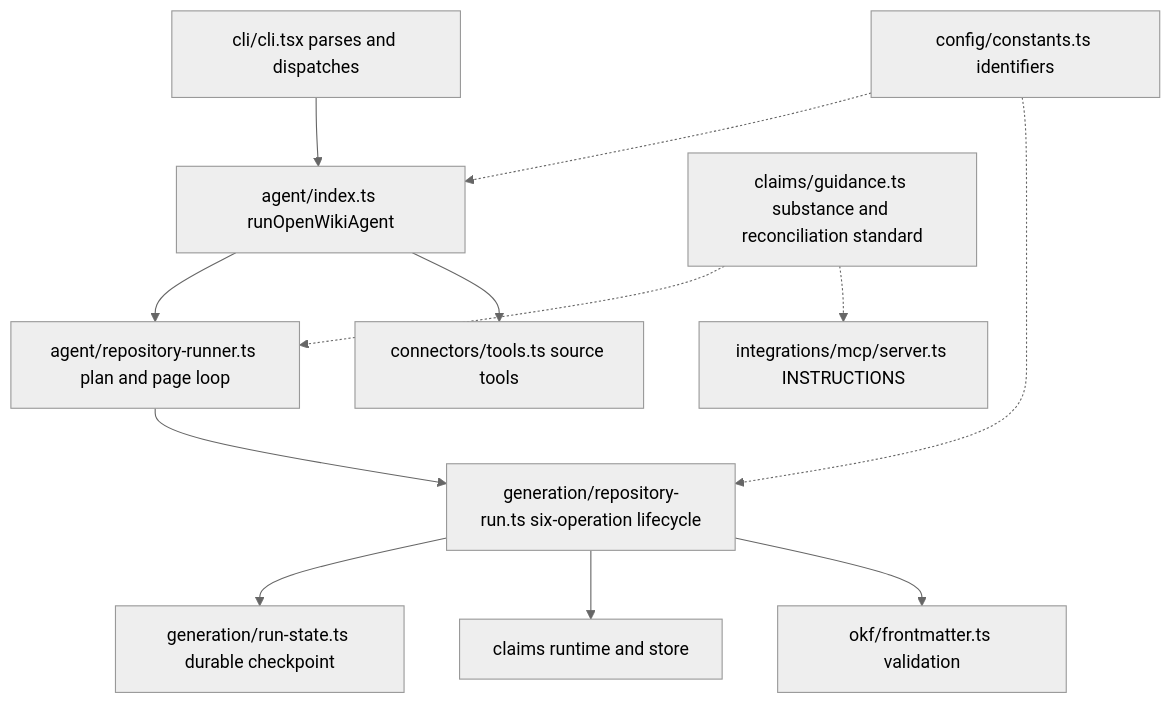
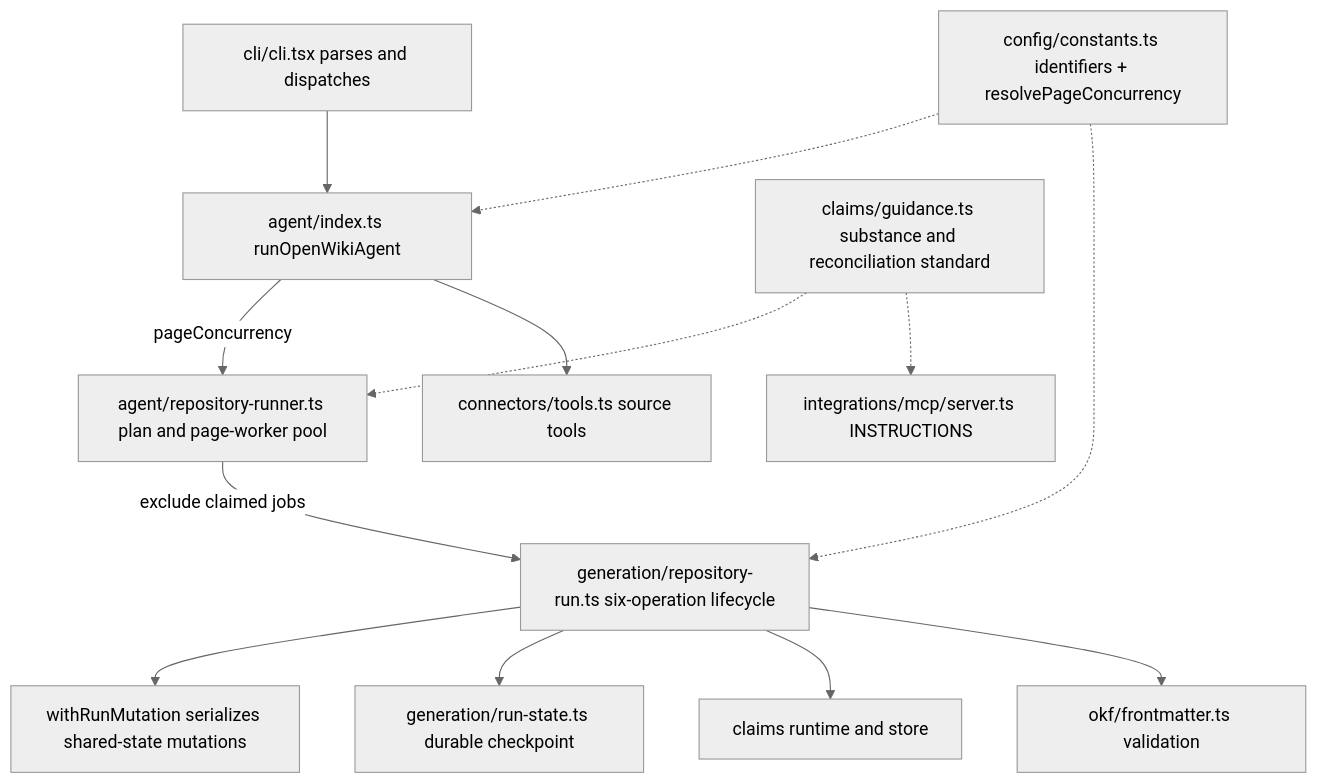
The diagram in openwiki/architecture/source-map.md (langchain-ai/openwiki), drawn with Mermaid (neutral theme) before and after one commit. The commit also changed other lines of this file and 37 other files, not shown here.

````diff
--- a/openwiki/architecture/source-map.md
+++ b/openwiki/architecture/source-map.md
@@ -452,14 +503,15 @@
 ```mermaid
 flowchart TD
   CLI["cli/cli.tsx parses and dispatches"] --> Agent["agent/index.ts runOpenWikiAgent"]
-  Agent --> Runner["agent/repository-runner.ts plan and page loop"]
-  Runner --> Gen["generation/repository-run.ts six-operation lifecycle"]
+  Agent -->|pageConcurrency| Runner["agent/repository-runner.ts plan and page-worker pool"]
+  Runner -->|exclude claimed jobs| Gen["generation/repository-run.ts six-operation lifecycle"]
+  Gen --> Lock["withRunMutation serializes shared-state mutations"]
   Gen --> State["generation/run-state.ts durable checkpoint"]
   Gen --> Claims["claims runtime and store"]
   Gen --> OKF["okf/frontmatter.ts validation"]
   Guidance["claims/guidance.ts substance and reconciliation standard"] -.-> Runner
   Guidance -.-> MCP["integrations/mcp/server.ts INSTRUCTIONS"]
   Agent --> Connectors["connectors/tools.ts source tools"]
-  Config["config/constants.ts identifiers"] -.-> Agent
+  Config["config/constants.ts identifiers + resolvePageConcurrency"] -.-> Agent
   Config -.-> Gen
 ```
````
